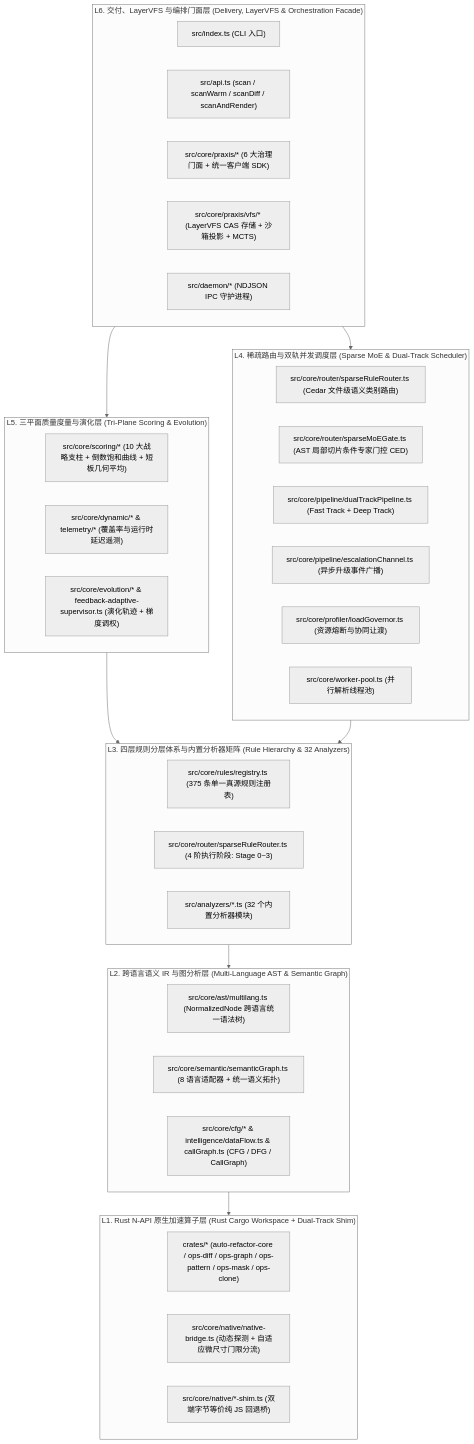
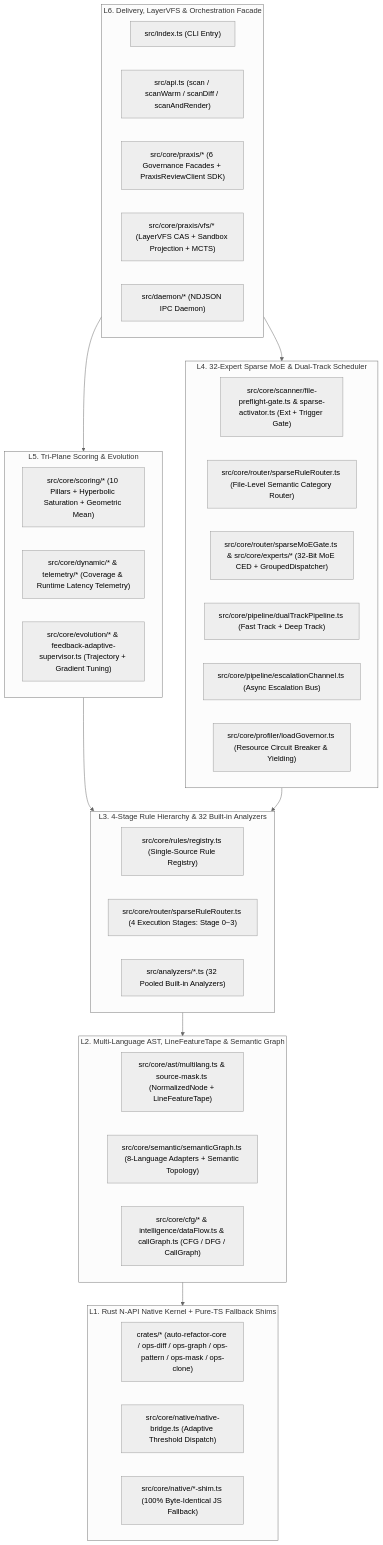
The first of 2 diagrams in auto-refactor/docs/01-architecture/01-system-overview.md (guilingzhouyi-creator/vscode-extensions), drawn with Mermaid (neutral theme) before and after one commit. The commit also changed other lines of this file and 4 other files, not shown here.

````diff
--- a/auto-refactor/docs/01-architecture/01-system-overview.md
+++ b/auto-refactor/docs/01-architecture/01-system-overview.md
@@ -12,50 +12,50 @@
 ```mermaid
 flowchart TD
-  subgraph L6["L6. 交付、LayerVFS 与编排门面层 (Delivery, LayerVFS & Orchestration Facade)"]
-    CLI["src/index.ts (CLI 入口)"]
+  subgraph L6["L6. Delivery, LayerVFS & Orchestration Facade"]
+    CLI["src/index.ts (CLI Entry)"]
     API["src/api.ts (scan / scanWarm / scanDiff / scanAndRender)"]
-    PRAXIS["src/core/praxis/* (6 大治理门面 + 统一客户端 SDK)"]
-    VFS["src/core/praxis/vfs/* (LayerVFS CAS 存储 + 沙箱投影 + MCTS)"]
-    DAEMON["src/daemon/* (NDJSON IPC 守护进程)"]
+    PRAXIS["src/core/praxis/* (6 Governance Facades + PraxisReviewClient SDK)"]
+    VFS["src/core/praxis/vfs/* (LayerVFS CAS + Sandbox Projection + MCTS)"]
+    DAEMON["src/daemon/* (NDJSON IPC Daemon)"]
   end
 
-  subgraph L5["L5. 三平面质量度量与演化层 (Tri-Plane Scoring & Evolution)"]
-    STATIC["src/core/scoring/* (10 大战略支柱 + 倒数饱和曲线 + 短板几何平均)"]
-    DYNAMIC["src/core/dynamic/* & telemetry/* (覆盖率与运行时延迟遥测)"]
-    EVOL["src/core/evolution/* & feedback-adaptive-supervisor.ts (演化轨迹 + 梯度调权)"]
+  subgraph L5["L5. Tri-Plane Scoring & Evolution"]
+    STATIC["src/core/scoring/* (10 Pillars + Hyperbolic Saturation + Geometric Mean)"]
+    DYNAMIC["src/core/dynamic/* & telemetry/* (Coverage & Runtime Latency Telemetry)"]
+    EVOL["src/core/evolution/* & feedback-adaptive-supervisor.ts (Trajectory + Gradient Tuning)"]
   end
 
-  subgraph L4["L4. 稀疏路由与双轨并发调度层 (Sparse MoE & Dual-Track Scheduler)"]
-    ROUTER["src/core/router/sparseRuleRouter.ts (Cedar 文件级语义类别路由)"]
-    MOE["src/core/router/sparseMoEGate.ts (AST 局部切片条件专家门控 CED)"]
+  subgraph L4["L4. 32-Expert Sparse MoE & Dual-Track Scheduler"]
+    PREFLIGHT["src/core/scanner/file-preflight-gate.ts & sparse-activator.ts (Ext + Trigger Gate)"]
+    ROUTER["src/core/router/sparseRuleRouter.ts (File-Level Semantic Category Router)"]
+    MOE["src/core/router/sparseMoEGate.ts & src/core/experts/* (32-Bit MoE CED + GroupedDispatcher)"]
     DUAL["src/core/pipeline/dualTrackPipeline.ts (Fast Track + Deep Track)"]
-    ESCALATE["src/core/pipeline/escalationChannel.ts (异步升级事件广播)"]
-    GOVERNOR["src/core/profiler/loadGovernor.ts (资源熔断与协同让渡)"]
-    POOL["src/core/worker-pool.ts (并行解析线程池)"]
+    ESCALATE["src/core/pipeline/escalationChannel.ts (Async Escalation Bus)"]
+    GOVERNOR["src/core/profiler/loadGovernor.ts (Resource Circuit Breaker & Yielding)"]
   end
 
-  subgraph L3["L3. 四层规则分层体系与内置分析器矩阵 (Rule Hierarchy & 32 Analyzers)"]
-    REG["src/core/rules/registry.ts (375 条单一真源规则注册表)"]
-    STAGES["src/core/router/sparseRuleRouter.ts (4 阶执行阶段: Stage 0~3)"]
-    ANALYZERS["src/analyzers/*.ts (32 个内置分析器模块)"]
+  subgraph L3["L3. 4-Stage Rule Hierarchy & 32 Built-in Analyzers"]
+    REG["src/core/rules/registry.ts (Single-Source Rule Registry)"]
+    STAGES["src/core/router/sparseRuleRouter.ts (4 Execution Stages: Stage 0~3)"]
+    ANALYZERS["src/analyzers/*.ts (32 Pooled Built-in Analyzers)"]
   end
 
-  subgraph L2["L2. 跨语言语义 IR 与图分析层 (Multi-Language AST & Semantic Graph)"]
-    AST["src/core/ast/multilang.ts (NormalizedNode 跨语言统一语法树)"]
-    GRAPH["src/core/semantic/semanticGraph.ts (8 语言适配器 + 统一语义拓扑)"]
+  subgraph L2["L2. Multi-Language AST, LineFeatureTape & Semantic Graph"]
+    AST["src/core/ast/multilang.ts & source-mask.ts (NormalizedNode + LineFeatureTape)"]
+    GRAPH["src/core/semantic/semanticGraph.ts (8-Language Adapters + Semantic Topology)"]
     FLOW["src/core/cfg/* & intelligence/dataFlow.ts & callGraph.ts (CFG / DFG / CallGraph)"]
   end
 
-  subgraph L1["L1. Rust N-API 原生加速算子层 (Rust Cargo Workspace + Dual-Track Shim)"]
+  subgraph L1["L1. Rust N-API Native Kernel + Pure-TS Fallback Shims"]
     CRATES["crates/* (auto-refactor-core / ops-diff / ops-graph / ops-pattern / ops-mask / ops-clone)"]
-    BRIDGE["src/core/native/native-bridge.ts (动态探测 + 自适应微尺寸门限分流)"]
-    SHIM["src/core/native/*-shim.ts (双端字节等价纯 JS 回退桥)"]
+    BRIDGE["src/core/native/native-bridge.ts (Adaptive Threshold Dispatch)"]
+    SHIM["src/core/native/*-shim.ts (100% Byte-Identical JS Fallback)"]
   end
 
   L6 --> L5
   L6 --> L4
   L5 --> L3
   L4 --> L3
   L3 --> L2
   L2 --> L1
 ```
````
